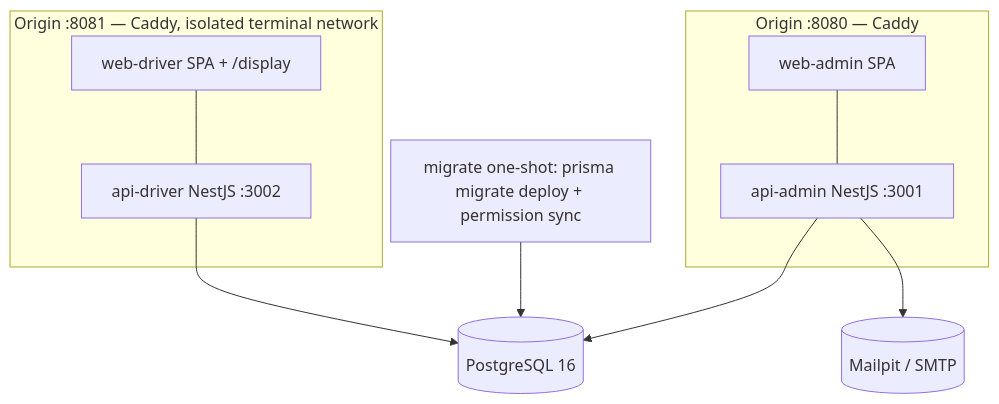
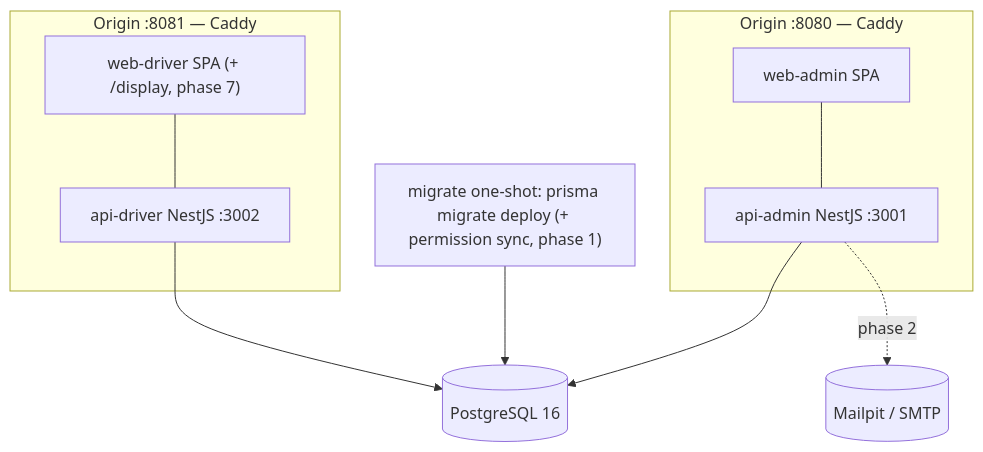
Before and after one commit to Stefan-Ethernal/tms-platform: the second of 2 diagrams in docs/architecture.md, drawn with Mermaid. The commit also changed other lines of this file, not shown here.

First line of the commit message:
docs(D10-5): mark not-yet-built elements in the containers diagram

````diff
--- a/docs/architecture.md
+++ b/docs/architecture.md
@@ -19,13 +19,13 @@
 ```mermaid
 flowchart TB
   subgraph origin_admin[Origin :8080 — Caddy]
     web_admin[web-admin SPA] --- api_admin[api-admin NestJS :3001]
   end
-  subgraph origin_kiosk[Origin :8081 — Caddy, isolated terminal network]
-    web_driver[web-driver SPA + /display] --- api_driver[api-driver NestJS :3002]
+  subgraph origin_kiosk[Origin :8081 — Caddy]
+    web_driver["web-driver SPA (+ /display, phase 7)"] --- api_driver[api-driver NestJS :3002]
   end
   api_admin --> db[(PostgreSQL 16)]
   api_driver --> db
-  migrate[migrate one-shot: prisma migrate deploy + permission sync] --> db
-  api_admin --> mailpit[(Mailpit / SMTP)]
+  migrate["migrate one-shot: prisma migrate deploy (+ permission sync, phase 1)"] --> db
+  api_admin -. phase 2 .-> mailpit[(Mailpit / SMTP)]
 ```
````
